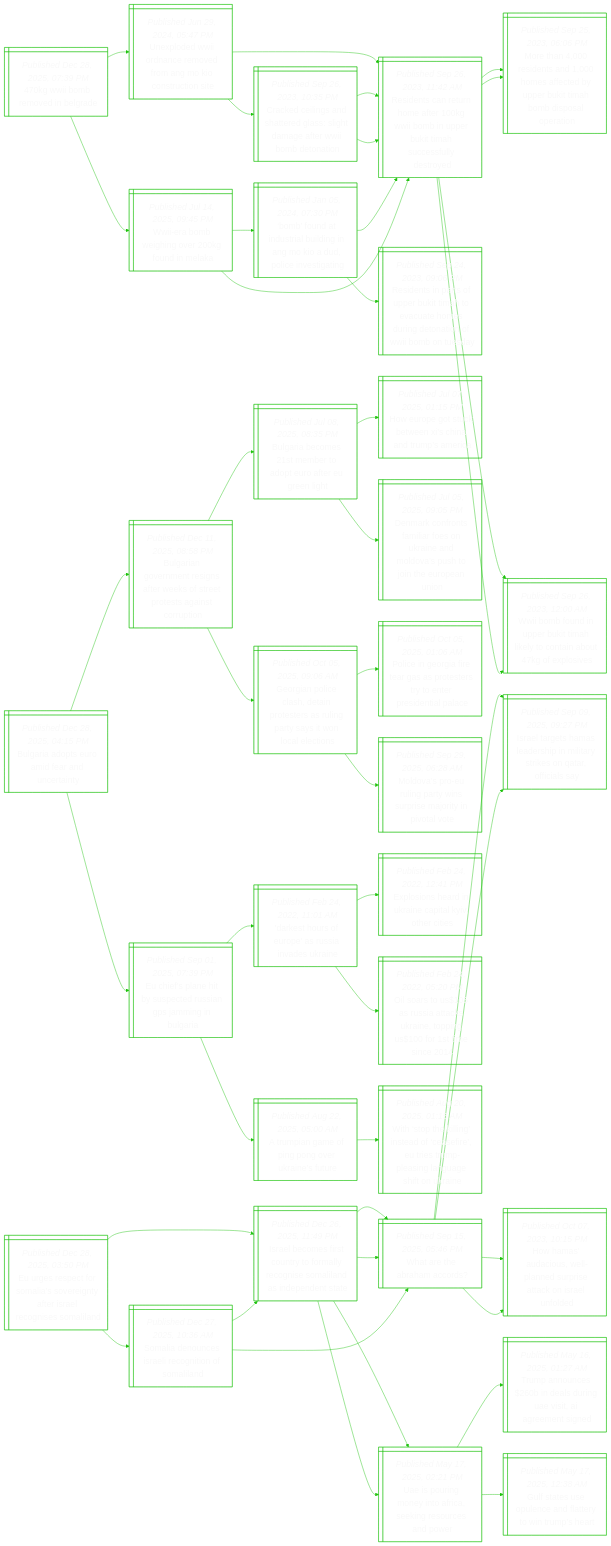
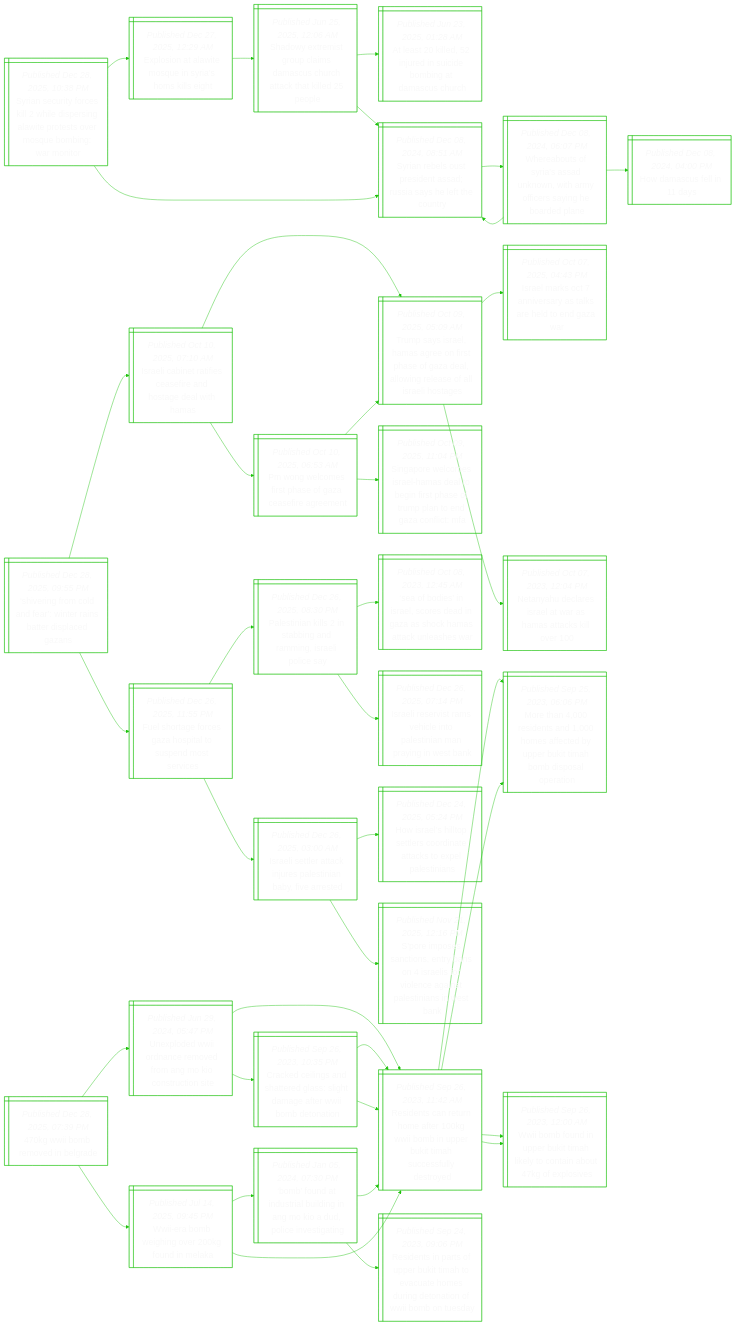
The diagram in README.md (notJmes/notJmes), drawn with Mermaid before and after one commit. The commit also changed other lines of this file, not shown here.

````diff
--- a/README.md
+++ b/README.md
@@ -15,6 +15,80 @@
 %%{init: {'theme':'base', 'themeVariables': {'primaryColor': "transparent", 'primaryTextColor': "#F9F9F9", 'lineColor': "#20C20E", 'primaryBorderColor':'#20C20E'}}}%%
 flowchart LR
 classDef txtsize font-size:20px;
+
+Snrokhisleevsogor@{ shape: win-pane, label: "_Published Dec 28, 2025, 10:38 PM_
+Syrian security forces kill 2 while dispersing alawite protests over mosque bombing: war monitor" }
+Estisnasst@{ shape: win-pane, label: "_Published Dec 27, 2025, 12:29 AM_
+Explosion at alawite mosque in syria’s homs kills eight" }
+Swrtpmachctep@{ shape: win-pane, label: "_Published Jun 25, 2025, 12:06 AM_
+Shadowy extremist group claims damascus church attack that killed 25 people" }
+Asljicogmsc@{ shape: win-pane, label: "_Published Jun 23, 2025, 01:28 AM_
+At least 20 killed, 52 injured in suicide bombing at damascus church" }
+SnltiARahtoy@{ shape: win-pane, label: "_Published Dec 08, 2024, 08:51 AM_
+Syrian rebels oust president assad; russia says he left the country" }
+SnltiARahtoy@{ shape: win-pane, label: "_Published Dec 08, 2024, 08:51 AM_
+Syrian rebels oust president assad; russia says he left the country" }
+Wasrsnnafriben@{ shape: win-pane, label: "_Published Dec 08, 2024, 06:07 PM_
+Whereabouts of syria's assad unknown, with army officers saying he boarded plane" }
+SnltiARahtoy@{ shape: win-pane, label: "_Published Dec 08, 2024, 08:51 AM_
+Syrian rebels oust president assad; russia says he left the country" }
+Hmsis@{ shape: win-pane, label: "_Published Dec 08, 2024, 04:00 PM_
+How damascus fell in 11 days" }
+
+Snrokhisleevsogor:::txtsize --> Estisnasst:::txtsize
+Estisnasst:::txtsize --> Swrtpmachctep:::txtsize
+Swrtpmachctep:::txtsize --> Asljicogmsc:::txtsize
+Swrtpmachctep:::txtsize --> SnltiARahtoy:::txtsize
+Snrokhisleevsogor:::txtsize --> SnltiARahtoy:::txtsize
+SnltiARahtoy:::txtsize --> Wasrsnnafriben:::txtsize
+Wasrsnnafriben:::txtsize --> SnltiARahtoy:::txtsize
+Wasrsnnafriben:::txtsize --> Hmsis:::txtsize
+
+SrrlfirbrlGs@{ shape: win-pane, label: "_Published Dec 28, 2025, 09:55 PM_
+‘shivering from cold and fear’: winter rains batter displaced gazans" }
+Iliaeseoewa@{ shape: win-pane, label: "_Published Oct 10, 2025, 07:10 AM_
+Israeli cabinet ratifies ceasefire and hostage deal with hamas" }
+TssHaossaaorslaoe@{ shape: win-pane, label: "_Published Oct 09, 2025, 05:09 AM_
+Trump says israel, hamas agree on first phase of gaza deal, allowing release of all israeli hostages" }
+Ilsnrakhoar@{ shape: win-pane, label: "_Published Oct 07, 2025, 04:43 PM_
+Israel marks oct 7 anniversary as talks are held to end gaza war" }
+NyeeawHakl@{ shape: win-pane, label: "_Published Oct 07, 2023, 12:04 PM_
+Netanyahu declares israel at war as hamas attacks kill over 100" }
+Pgoihfcfge@{ shape: win-pane, label: "_Published Oct 10, 2025, 06:53 AM_
+Pm wong welcomes first phase of gaza ceasefire agreement" }
+TssHaossaaorslaoe@{ shape: win-pane, label: "_Published Oct 09, 2025, 05:09 AM_
+Trump says israel, hamas agree on first phase of gaza deal, allowing release of all israeli hostages" }
+SpeeamaeihfptGoc@{ shape: win-pane, label: "_Published Oct 09, 2025, 11:04 PM_
+Singapore welcomes israel-hamas deal to begin first phase of trump plan to end gaza conflict: mfa" }
+Fhgczptpors@{ shape: win-pane, label: "_Published Dec 26, 2025, 11:55 PM_
+Fuel shortage forces gaza hospital to suspend most services" }
+Ptnsagagela@{ shape: win-pane, label: "_Published Dec 26, 2025, 08:30 PM_
+Palestinian kills 2 in stabbing and ramming, israeli police say" }
+Sbsrcdnacaale@{ shape: win-pane, label: "_Published Oct 08, 2023, 12:45 AM_
+‘sea of bodies’ in israel, scores dead in gaza as shock hamas attack unleashes war" }
+Iletvlosapnen@{ shape: win-pane, label: "_Published Dec 26, 2025, 07:14 PM_
+Israeli reservist rams vehicle into palestinian man praying in west bank" }
+Ilttieeibes@{ shape: win-pane, label: "_Published Dec 26, 2025, 03:00 AM_
+Israeli settler attack injures palestinian baby, five arrested" }
+Hrhotciakxais@{ shape: win-pane, label: "_Published Dec 24, 2025, 05:24 PM_
+How israel’s hilltop settlers coordinate attacks to expel palestinians" }
+Siecsyoafoenlnit@{ shape: win-pane, label: "_Published Nov 21, 2025, 12:16 PM_
+S’pore imposes sanctions, entry bans on 4 israelis for violence against palestinians in west bank" }
+
+SrrlfirbrlGs:::txtsize --> Iliaeseoewa:::txtsize
+Iliaeseoewa:::txtsize --> TssHaossaaorslaoe:::txtsize
+TssHaossaaorslaoe:::txtsize --> Ilsnrakhoar:::txtsize
+TssHaossaaorslaoe:::txtsize --> NyeeawHakl:::txtsize
+Iliaeseoewa:::txtsize --> Pgoihfcfge:::txtsize
+Pgoihfcfge:::txtsize --> TssHaossaaorslaoe:::txtsize
+Pgoihfcfge:::txtsize --> SpeeamaeihfptGoc:::txtsize
+SrrlfirbrlGs:::txtsize --> Fhgczptpors:::txtsize
+Fhgczptpors:::txtsize --> Ptnsagagela:::txtsize
+Ptnsagagela:::txtsize --> Sbsrcdnacaale:::txtsize
+Ptnsagagela:::txtsize --> Iletvlosapnen:::txtsize
+Fhgczptpors:::txtsize --> Ilttieeibes:::txtsize
+Ilttieeibes:::txtsize --> Hrhotciakxais:::txtsize
+Ilttieeibes:::txtsize --> Siecsyoafoenlnit:::txtsize
 
 kIreed@{ shape: win-pane, label: "_Published Dec 28, 2025, 07:39 PM_
 470kg wwii bomb removed in belgrade" }
@@ -62,93 +136,4 @@
 ReaumeWmpuiusyr:::txtsize --> MhsthatUBTbiarn:::txtsize
 ReaumeWmpuiusyr:::txtsize --> WouUBTlynakxi:::txtsize
 
-Brouirna@{ shape: win-pane, label: "_Published Dec 28, 2025, 04:15 PM_
-Bulgaria adopts euro amid fear and uncertainty" }
-Bromesrsrrtiot@{ shape: win-pane, label: "_Published Dec 11, 2025, 08:58 PM_
-Bulgarian government resigns after weeks of street protests against corruption" }
-BrcsbaefUnt@{ shape: win-pane, label: "_Published Jul 08, 2025, 08:35 PM_
-Bulgaria becomes 21st member to adopt euro after eu green light" }
-HrocwinTsi@{ shape: win-pane, label: "_Published Jul 07, 2025, 01:15 PM_
-How europe got stuck between xi’s china and trump’s america" }
-DrfsloUnMvsoepn@{ shape: win-pane, label: "_Published Jul 05, 2025, 09:05 PM_
-Denmark confronts familiar foes on ukraine and moldova’s push to join the european union" }
-Gillepsairyoacs@{ shape: win-pane, label: "_Published Oct 05, 2025, 09:06 AM_
-Georgian police clash, detain protesters as ruling party says it won local elections" }
-Peofesoeytenpe@{ shape: win-pane, label: "_Published Oct 05, 2025, 01:06 AM_
-Police in georgia fire tear gas as protesters try to enter presidential palace" }
-Mvolairerntt@{ shape: win-pane, label: "_Published Sep 29, 2025, 06:28 AM_
-Moldova’s pro-eu ruling party wins surprise majority in pivotal vote" }
-EeatsesPmna@{ shape: win-pane, label: "_Published Sep 01, 2025, 07:39 PM_
-Eu chief’s plane hit by suspected russian gps jamming in bulgaria" }
-DsruasvUn@{ shape: win-pane, label: "_Published Feb 24, 2022, 11:01 AM_
-'darkest hours of europe' as russia invades ukraine" }
-Eshiaalocs@{ shape: win-pane, label: "_Published Feb 24, 2022, 12:41 PM_
-Explosions heard in ukraine capital kyiv, other cities" }
-OaUuakaogrmc@{ shape: win-pane, label: "_Published Feb 24, 2022, 05:20 PM_
-Oil soars to us$105 as russia attacks ukraine, topping us$100 for 1st time since 2014" }
-Apapoeafe@{ shape: win-pane, label: "_Published Aug 22, 2025, 05:00 AM_
-A trumpian game of ping pong over ukraine’s future" }
-Wteisoseiueguhni@{ shape: win-pane, label: "_Published Aug 20, 2025, 01:15 AM_
-With ‘stop the killing’ instead of ‘ceasefire’, eu tries trump-pleasing language shift on ukraine" }
-
-Brouirna:::txtsize --> Bromesrsrrtiot:::txtsize
-Bromesrsrrtiot:::txtsize --> BrcsbaefUnt:::txtsize
-BrcsbaefUnt:::txtsize --> HrocwinTsi:::txtsize
-BrcsbaefUnt:::txtsize --> DrfsloUnMvsoepn:::txtsize
-Bromesrsrrtiot:::txtsize --> Gillepsairyoacs:::txtsize
-Gillepsairyoacs:::txtsize --> Peofesoeytenpe:::txtsize
-Gillepsairyoacs:::txtsize --> Mvolairerntt:::txtsize
-Brouirna:::txtsize --> EeatsesPmna:::txtsize
-EeatsesPmna:::txtsize --> DsruasvUn:::txtsize
-DsruasvUn:::txtsize --> Eshiaalocs:::txtsize
-DsruasvUn:::txtsize --> OaUuakaogrmc:::txtsize
-EeatsesPmna:::txtsize --> Apapoeafe:::txtsize
-Apapoeafe:::txtsize --> Wteisoseiueguhni:::txtsize
-
-Eepoaseyreoean@{ shape: win-pane, label: "_Published Dec 28, 2025, 03:50 PM_
-Eu urges respect for somalia’s sovereignty after israel recognises somaliland" }
-Ilmrutmrnolspnt@{ shape: win-pane, label: "_Published Dec 26, 2025, 11:49 PM_
-Israel becomes first country to formally recognise somaliland as independent state" }
-WrAao@{ shape: win-pane, label: "_Published Sep 15, 2025, 05:46 PM_
-What are the abraham accords?" }
-Ilemahmaroais@{ shape: win-pane, label: "_Published Sep 09, 2025, 09:27 PM_
-Israel targets hamas leadership in military strikes on qatar, officials say" }
-Hmdulnrecsud@{ shape: win-pane, label: "_Published Oct 07, 2023, 10:15 PM_
-How hamas’ audacious, well-planned surprise attack on israel unfolded" }
-Upneockecdr@{ shape: win-pane, label: "_Published May 17, 2025, 02:21 PM_
-Uae is pouring money into africa, seeking resources and power" }
-TaniliEtrnn@{ shape: win-pane, label: "_Published May 16, 2025, 01:27 AM_
-Trump announces $260b in deals during uae visit, ai agreement signed" }
-Gtuuelrima@{ shape: win-pane, label: "_Published May 17, 2025, 12:38 AM_
-Gulf states use opulence and flattery to win trump’s heart" }
-Siosectfld@{ shape: win-pane, label: "_Published Dec 27, 2025, 10:36 AM_
-Somalia denounces israeli recognition of somaliland" }
-Ilmrutmrnolspnt@{ shape: win-pane, label: "_Published Dec 26, 2025, 11:49 PM_
-Israel becomes first country to formally recognise somaliland as independent state" }
-WrAao@{ shape: win-pane, label: "_Published Sep 15, 2025, 05:46 PM_
-What are the abraham accords?" }
-Upneockecdr@{ shape: win-pane, label: "_Published May 17, 2025, 02:21 PM_
-Uae is pouring money into africa, seeking resources and power" }
-WrAao@{ shape: win-pane, label: "_Published Sep 15, 2025, 05:46 PM_
-What are the abraham accords?" }
-Ilemahmaroais@{ shape: win-pane, label: "_Published Sep 09, 2025, 09:27 PM_
-Israel targets hamas leadership in military strikes on qatar, officials say" }
-Hmdulnrecsud@{ shape: win-pane, label: "_Published Oct 07, 2023, 10:15 PM_
-How hamas’ audacious, well-planned surprise attack on israel unfolded" }
-
-Eepoaseyreoean:::txtsize --> Ilmrutmrnolspnt:::txtsize
-Ilmrutmrnolspnt:::txtsize --> WrAao:::txtsize
-WrAao:::txtsize --> Ilemahmaroais:::txtsize
-WrAao:::txtsize --> Hmdulnrecsud:::txtsize
-Ilmrutmrnolspnt:::txtsize --> Upneockecdr:::txtsize
-Upneockecdr:::txtsize --> TaniliEtrnn:::txtsize
-Upneockecdr:::txtsize --> Gtuuelrima:::txtsize
-Eepoaseyreoean:::txtsize --> Siosectfld:::txtsize
-Siosectfld:::txtsize --> Ilmrutmrnolspnt:::txtsize
-Ilmrutmrnolspnt:::txtsize --> WrAao:::txtsize
-Ilmrutmrnolspnt:::txtsize --> Upneockecdr:::txtsize
-Siosectfld:::txtsize --> WrAao:::txtsize
-WrAao:::txtsize --> Ilemahmaroais:::txtsize
-WrAao:::txtsize --> Hmdulnrecsud:::txtsize
-
 ```
````
